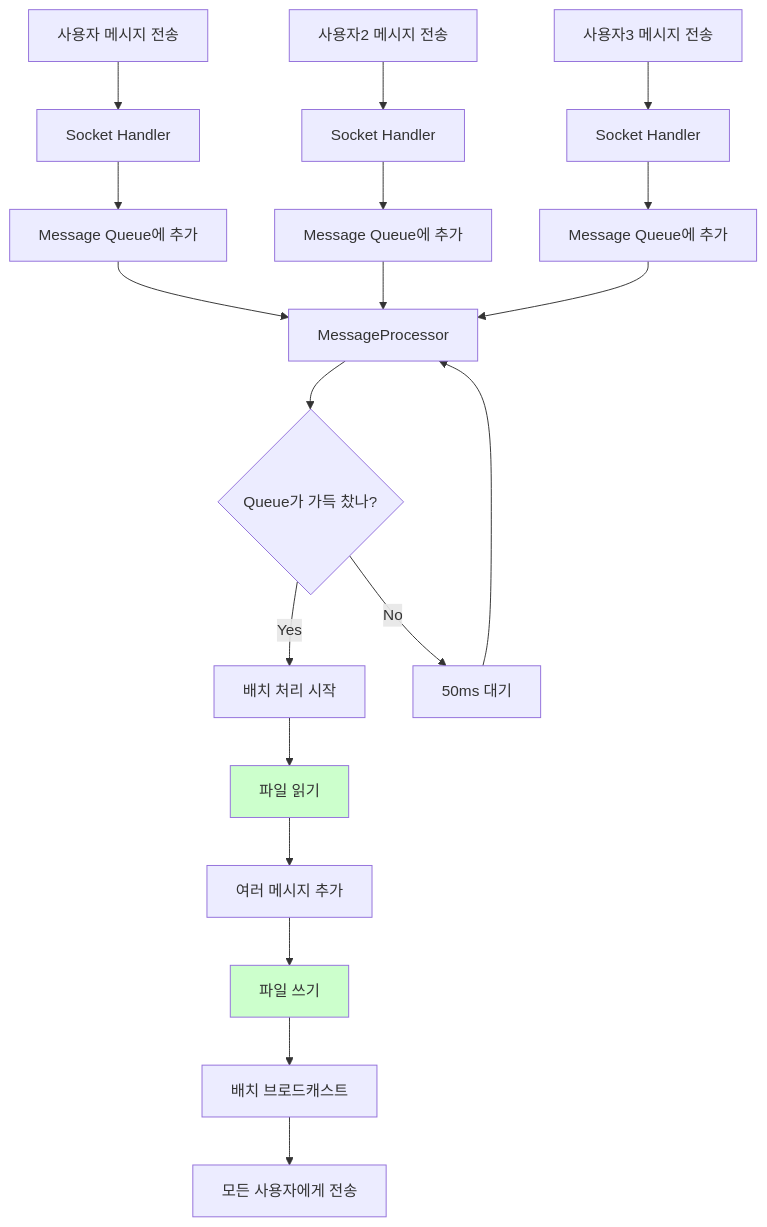
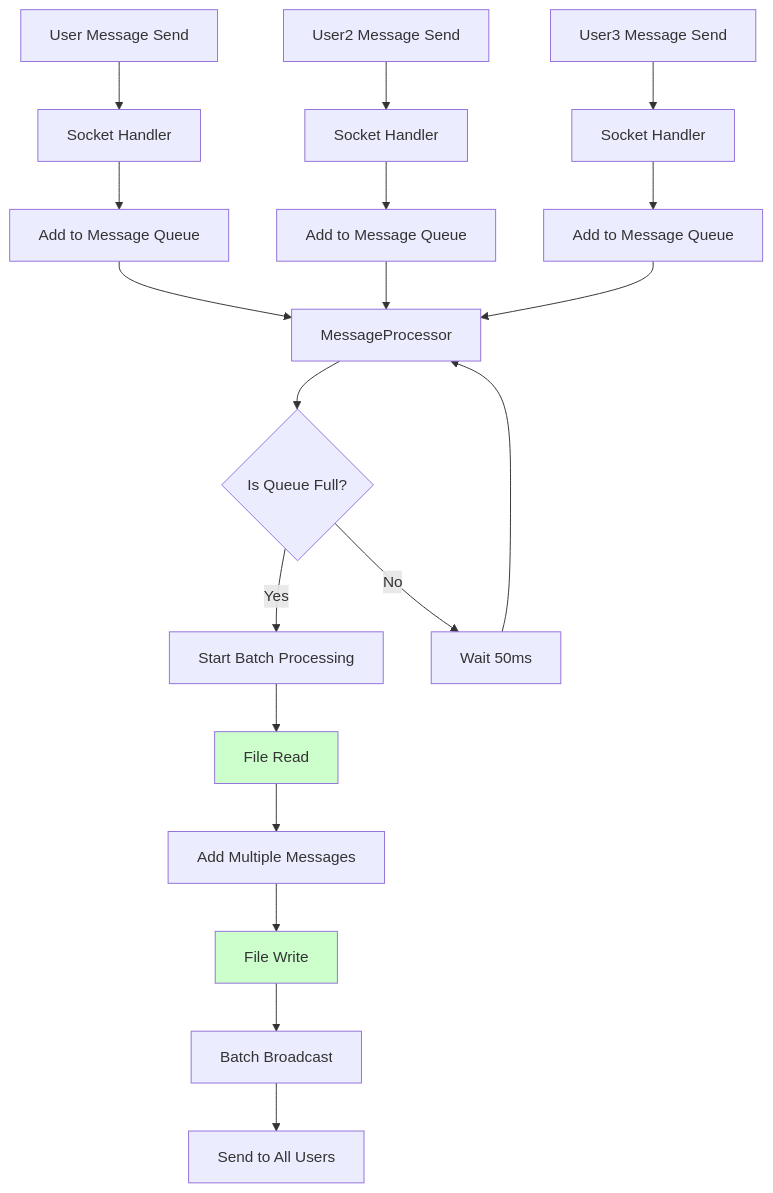
The second of 4 diagrams in FINAL_PERFORMANCE_SOLUTION.md (JeEonPark/observability-minitalk), drawn with Mermaid before and after one commit. The commit also changed other lines of this file and 1 other file, not shown here.

````diff
--- a/FINAL_PERFORMANCE_SOLUTION.md
+++ b/FINAL_PERFORMANCE_SOLUTION.md
@@ -85,29 +85,29 @@
 ```mermaid
 graph TD
-    A[사용자 메시지 전송] --> B[Socket Handler]
-    B --> C[Message Queue에 추가]
+    A[User Message Send] --> B[Socket Handler]
+    B --> C[Add to Message Queue]
     
-    D[사용자2 메시지 전송] --> E[Socket Handler]
-    E --> F[Message Queue에 추가]
+    D[User2 Message Send] --> E[Socket Handler]
+    E --> F[Add to Message Queue]
     
-    G[사용자3 메시지 전송] --> H[Socket Handler]
-    H --> I[Message Queue에 추가]
+    G[User3 Message Send] --> H[Socket Handler]
+    H --> I[Add to Message Queue]
     
     C --> J[MessageProcessor]
     F --> J
     I --> J
     
-    J --> K{Queue가 가득 찼나?}
-    K -->|Yes| L[배치 처리 시작]
-    K -->|No| M[50ms 대기]
+    J --> K{Is Queue Full?}
+    K -->|Yes| L[Start Batch Processing]
+    K -->|No| M[Wait 50ms]
     M --> J
     
-    L --> N[파일 읽기]
-    N --> O[여러 메시지 추가]
-    O --> P[파일 쓰기]
-    P --> Q[배치 브로드캐스트]
-    Q --> R[모든 사용자에게 전송]
+    L --> N[File Read]
+    N --> O[Add Multiple Messages]
+    O --> P[File Write]
+    P --> Q[Batch Broadcast]
+    Q --> R[Send to All Users]
     
     style N fill:#ccffcc
     style P fill:#ccffcc
 ```
````
